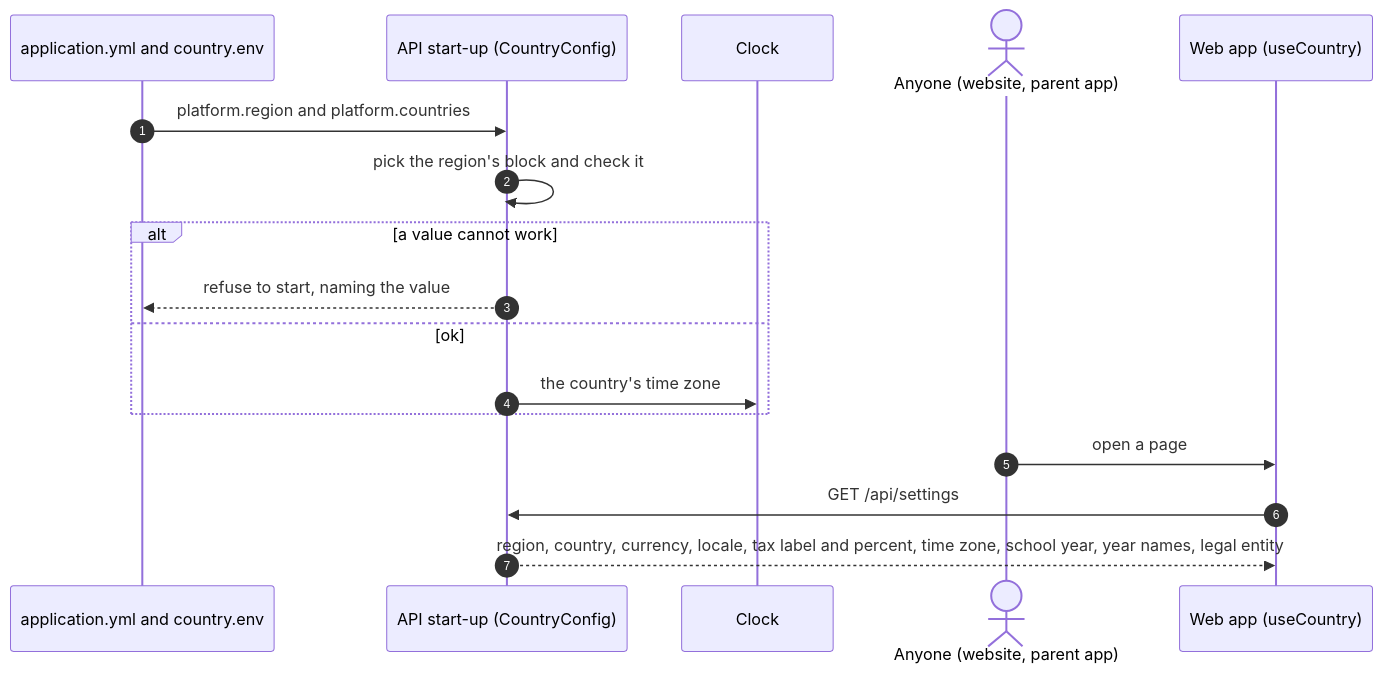
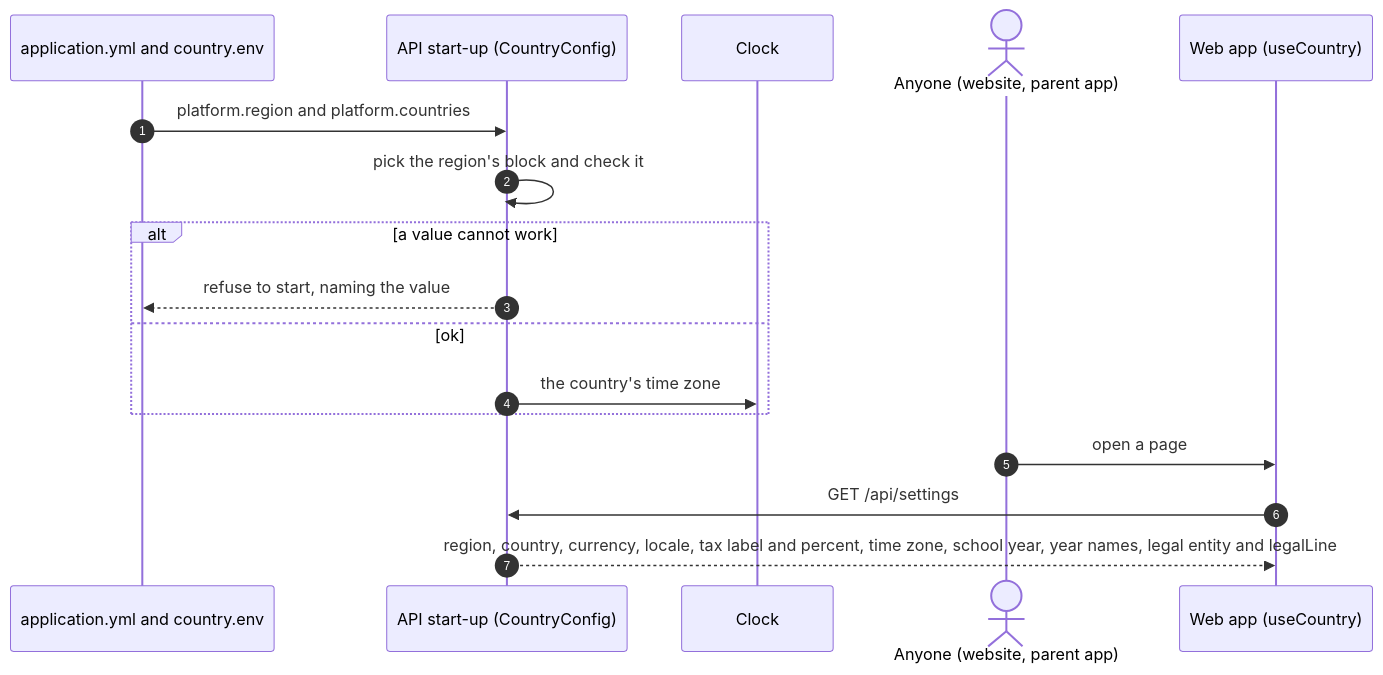
One commit to ersagarnikam/MoterMoversPlatform changed the fourth of 4 diagrams in docs/flows/0-everyone.md. Above: the diagram before and after it, drawn with Mermaid. The commit also changed other lines of this file and 24 other files, not shown here.

First line of the commit message:
Show the legal entity and refuse to go live without one

````diff
--- a/docs/flows/0-everyone.md
+++ b/docs/flows/0-everyone.md
@@ -172,19 +172,19 @@
 ```mermaid
 sequenceDiagram
   autonumber
   participant Y as application.yml and country.env
   participant API as API start-up (CountryConfig)
   participant C as Clock
   actor V as Anyone (website, parent app)
   participant W as Web app (useCountry)
   Y->>API: platform.region and platform.countries
   API->>API: pick the region's block and check it
   alt a value cannot work
     API-->>Y: refuse to start, naming the value
   else ok
     API->>C: the country's time zone
   end
   V->>W: open a page
   W->>API: GET /api/settings
-  API-->>W: region, country, currency, locale, tax label and percent, time zone, school year, year names, legal entity
+  API-->>W: region, country, currency, locale, tax label and percent, time zone, school year, year names, legal entity and legalLine
 ```
````
